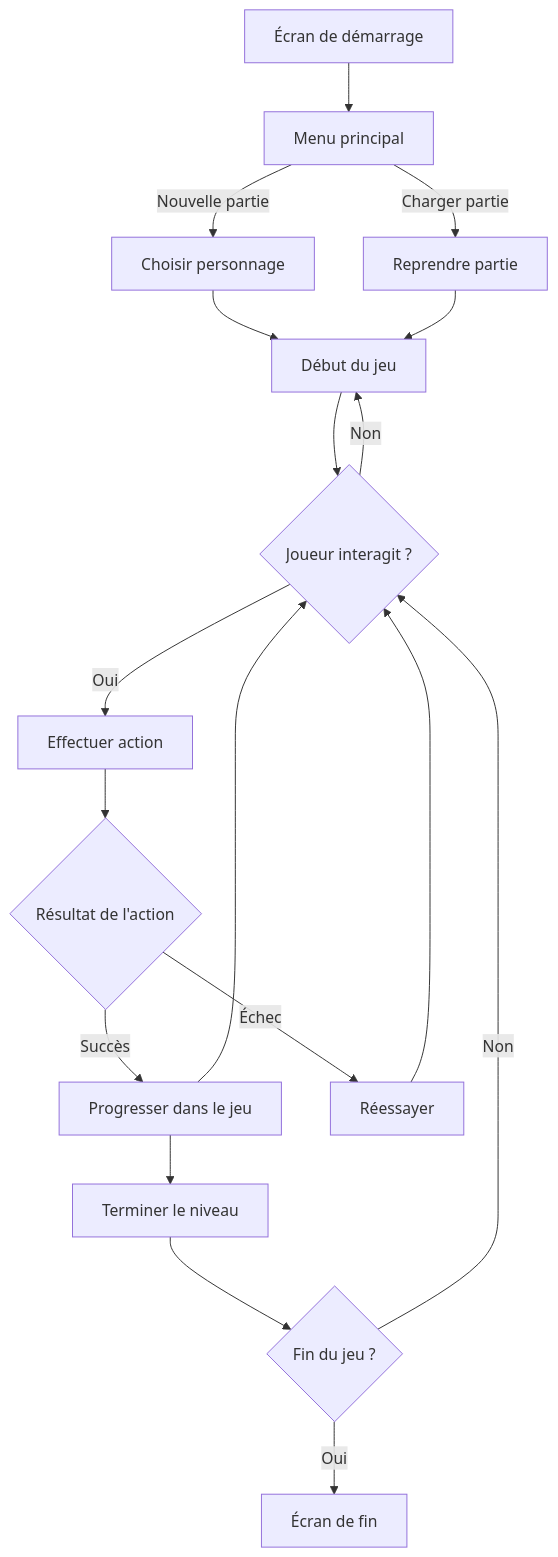
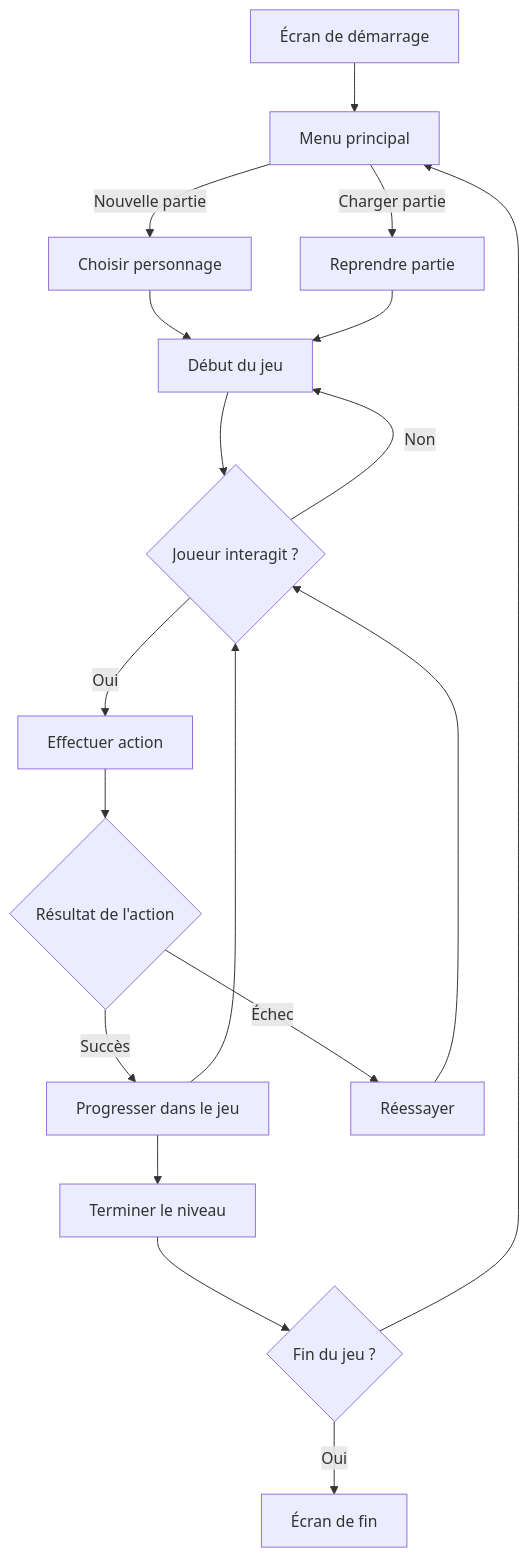
One commit to tim-montmorency/582523-gestion changed the third of 10 diagrams in contenus/2_scenarisation/20_scenario/20_interactif/README.md. Above: the diagram before and after it, drawn with Mermaid. The commit also changed other lines of this file and 2 other files, not shown here.

````diff
--- a/contenus/2_scenarisation/20_scenario/20_interactif/README.md
+++ b/contenus/2_scenarisation/20_scenario/20_interactif/README.md
@@ -86,26 +86,26 @@
 ```mermaid
 graph TD;
     A[Écran de démarrage] --> B[Menu principal];
     B -->|Nouvelle partie| C[Choisir personnage];
     B -->|Charger partie| D[Reprendre partie];
 
     C --> E[Début du jeu];
     D --> E;
 
     E --> F{Joueur interagit ?};
     F -->|Oui| G[Effectuer action];
     F -->|Non| E;
 
     G --> H{Résultat de l'action};
     H -->|Succès| I[Progresser dans le jeu];
     H -->|Échec| J[Réessayer];
 
     I --> F;
     J --> F;
 
     I --> K[Terminer le niveau];
     K --> L{Fin du jeu ?};
     L -->|Oui| M[Écran de fin];
-    L -->|Non| F;
+    L -->B;
 
 ```
````
